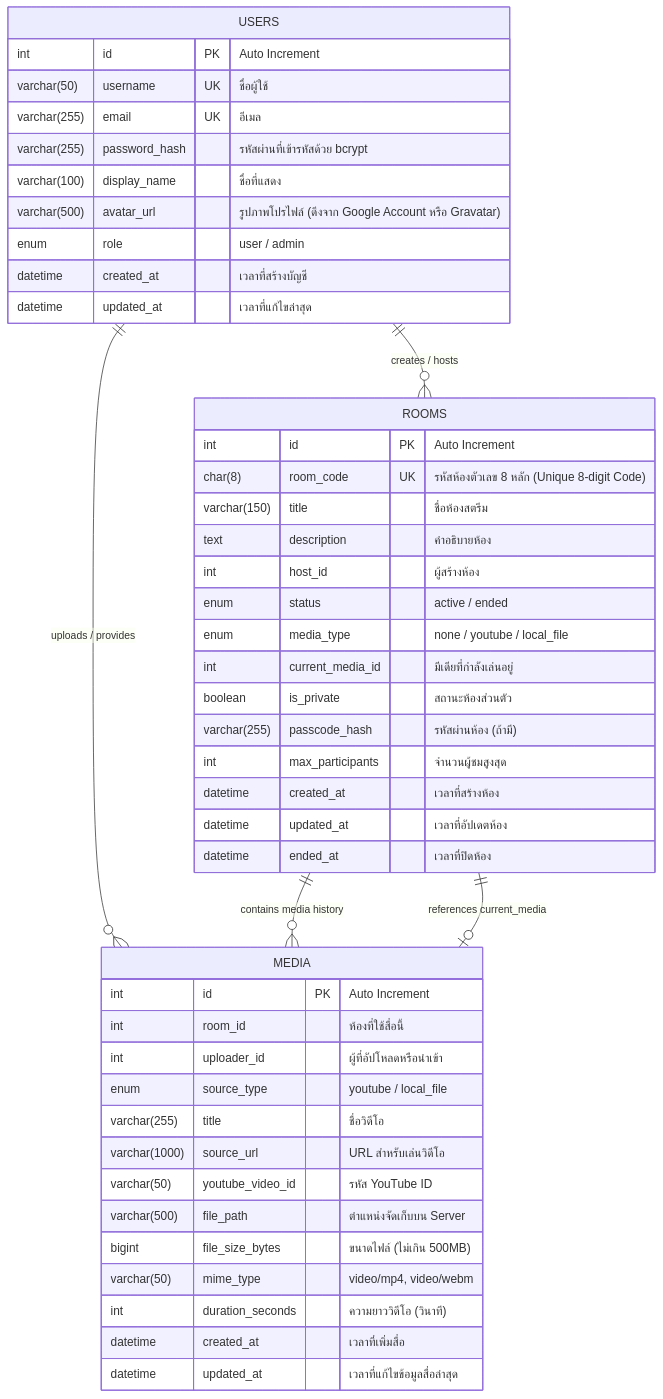
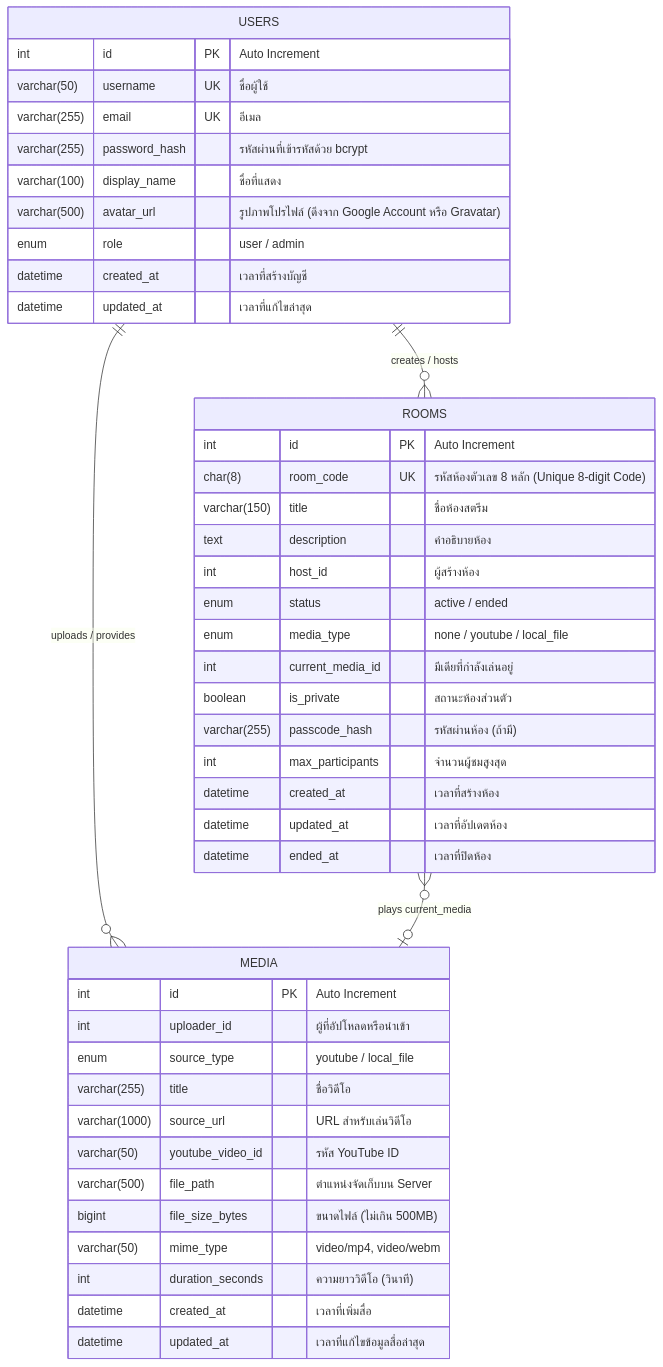
One commit to PeterGamez/YouStream changed the third of 3 diagrams in SRS.md. Above: the diagram before and after it, drawn with Mermaid. The commit also changed other lines of this file, not shown here.

````diff
--- a/SRS.md
+++ b/SRS.md
@@ -216,52 +216,50 @@
 ```mermaid
 erDiagram
     USERS ||--o{ ROOMS : "creates / hosts"
     USERS ||--o{ MEDIA : "uploads / provides"
-    ROOMS ||--o{ MEDIA : "contains media history"
-    ROOMS ||--o| MEDIA : "references current_media"
+    ROOMS }o--o| MEDIA : "plays current_media"
 
     USERS {
         int id PK "Auto Increment"
         varchar(50) username UK "ชื่อผู้ใช้"
         varchar(255) email UK "อีเมล"
         varchar(255) password_hash "รหัสผ่านที่เข้ารหัสด้วย bcrypt"
         varchar(100) display_name "ชื่อที่แสดง"
         varchar(500) avatar_url "รูปภาพโปรไฟล์ (ดึงจาก Google Account หรือ Gravatar)"
         enum role "user / admin"
         datetime created_at "เวลาที่สร้างบัญชี"
         datetime updated_at "เวลาที่แก้ไขล่าสุด"
     }
 
     ROOMS {
         int id PK "Auto Increment"
         char(8) room_code UK "รหัสห้องตัวเลข 8 หลัก (Unique 8-digit Code)"
         varchar(150) title "ชื่อห้องสตรีม"
         text description "คำอธิบายห้อง"
         int host_id "ผู้สร้างห้อง"
         enum status "active / ended"
         enum media_type "none / youtube / local_file"
         int current_media_id "มีเดียที่กำลังเล่นอยู่"
         boolean is_private "สถานะห้องส่วนตัว"
         varchar(255) passcode_hash "รหัสผ่านห้อง (ถ้ามี)"
         int max_participants "จำนวนผู้ชมสูงสุด"
         datetime created_at "เวลาที่สร้างห้อง"
         datetime updated_at "เวลาที่อัปเดตห้อง"
         datetime ended_at "เวลาที่ปิดห้อง"
     }
 
     MEDIA {
         int id PK "Auto Increment"
-        int room_id "ห้องที่ใช้สื่อนี้"
         int uploader_id "ผู้ที่อัปโหลดหรือนำเข้า"
         enum source_type "youtube / local_file"
         varchar(255) title "ชื่อวิดีโอ"
         varchar(1000) source_url "URL สำหรับเล่นวิดีโอ"
         varchar(50) youtube_video_id "รหัส YouTube ID"
         varchar(500) file_path "ตำแหน่งจัดเก็บบน Server"
         bigint file_size_bytes "ขนาดไฟล์ (ไม่เกิน 500MB)"
         varchar(50) mime_type "video/mp4, video/webm"
         int duration_seconds "ความยาววิดีโอ (วินาที)"
         datetime created_at "เวลาที่เพิ่มสื่อ"
         datetime updated_at "เวลาที่แก้ไขข้อมูลสื่อล่าสุด"
     }
 ```
````
